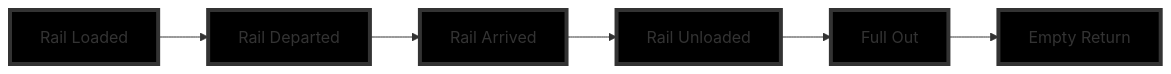
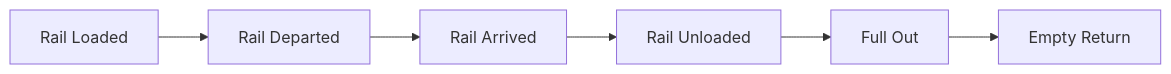
Before and after one commit to Terminal49/API: the diagram in docs/api-docs/in-depth-guides/rail-integration-guide.mdx, drawn with Mermaid. The commit also changed other lines of this file, not shown here.

````diff
--- a/docs/api-docs/in-depth-guides/rail-integration-guide.mdx
+++ b/docs/api-docs/in-depth-guides/rail-integration-guide.mdx
@@ -25,15 +27,8 @@
 ```mermaid
 graph LR
     A[Rail Loaded] --> B[Rail Departed]
     B --> C[Rail Arrived]
     C --> D[Rail Unloaded]
     D --> E[Full Out]
     E --> F[Empty Return]
-    
-    style A fill:#000,stroke:#333,stroke-width:4px
-    style B fill:#000,stroke:#333,stroke-width:4px
-    style C fill:#000,stroke:#333,stroke-width:4px
-    style D fill:#000,stroke:#333,stroke-width:4px
-    style E fill:#000,stroke:#333,stroke-width:4px
-    style F fill:#000,stroke:#333,stroke-width:4px
   ```
````
